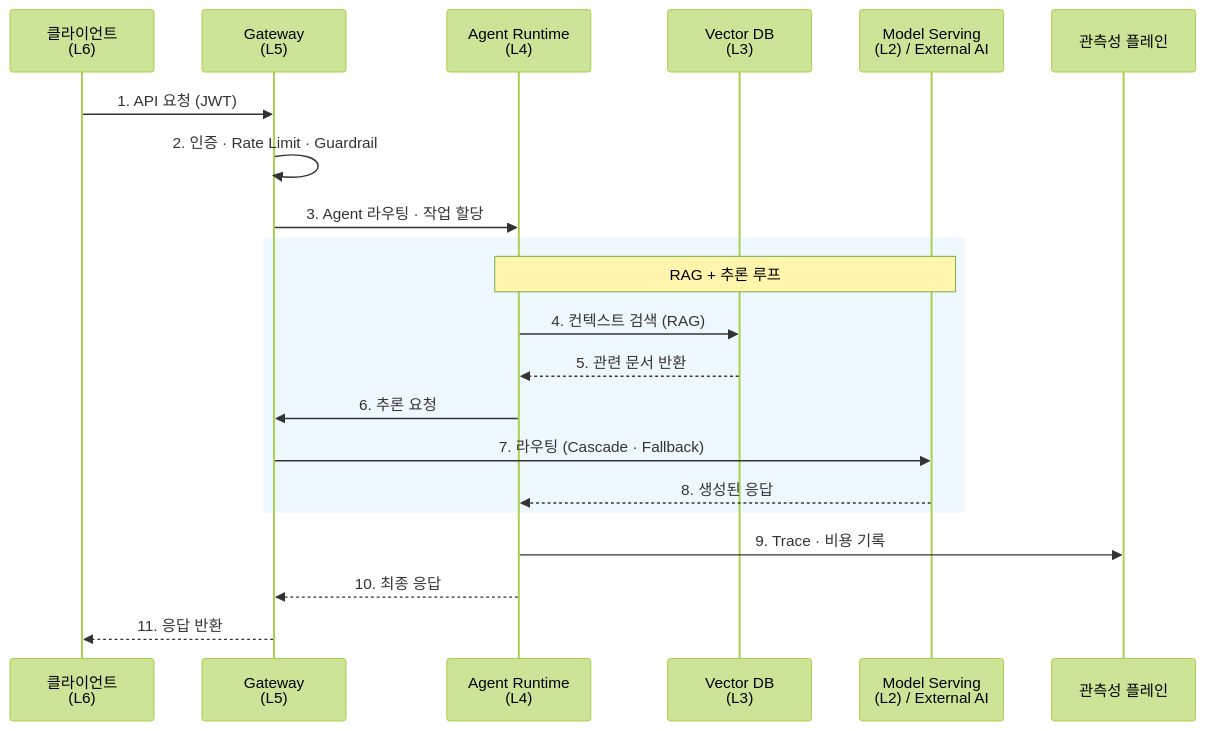
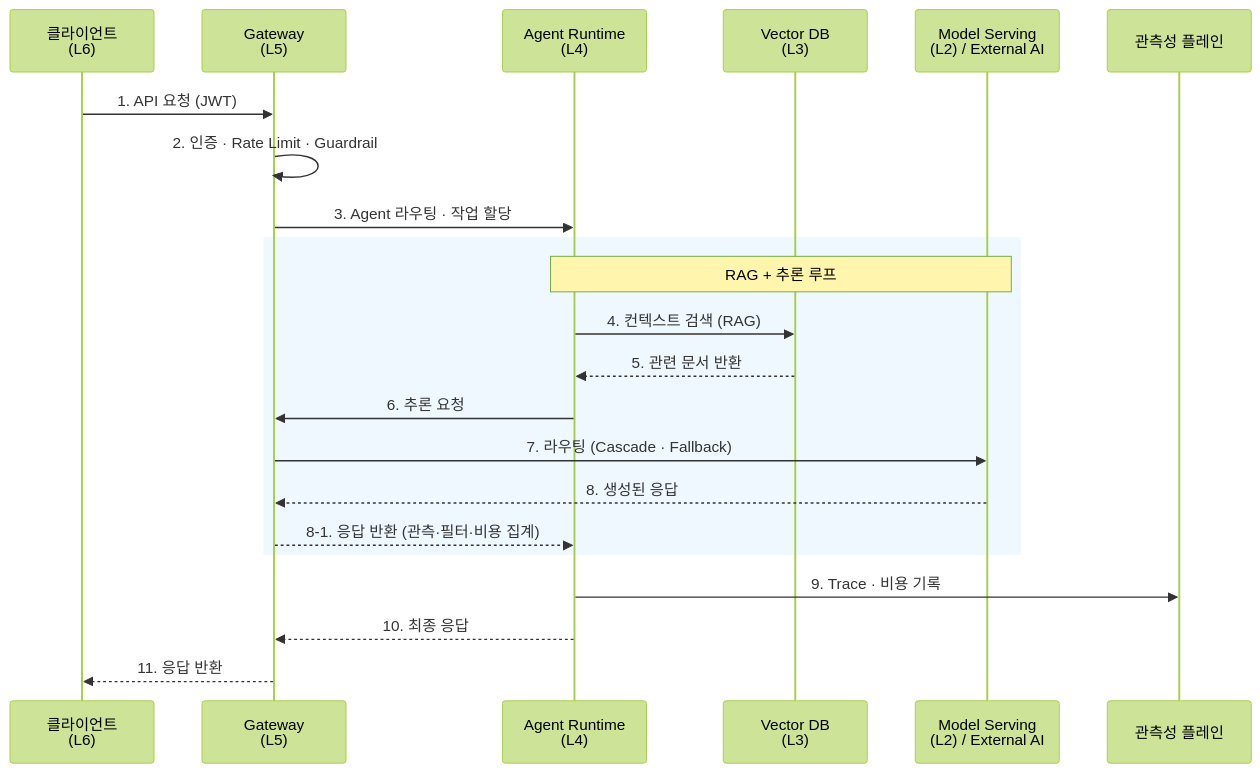
The tenth of 10 diagrams in i18n/ko/docusaurus-plugin-content-docs/current/agentic-ai-platform/design-architecture/foundations/agentic-platform-architecture.md (devfloor9/engineering-playbook), drawn with Mermaid (forest theme) before and after one commit. The commit also changed other lines of this file and 39 other files, not shown here.

````diff
--- a/i18n/ko/docusaurus-plugin-content-docs/current/agentic-ai-platform/design-architecture/foundations/agentic-platform-architecture.md
+++ b/i18n/ko/docusaurus-plugin-content-docs/current/agentic-ai-platform/design-architecture/foundations/agentic-platform-architecture.md
@@ -713,26 +751,27 @@
 ```mermaid
 sequenceDiagram
     participant Client as 클라이언트<br/>(L6)
     participant Gateway as Gateway<br/>(L5)
     participant Agent as Agent Runtime<br/>(L4)
     participant VectorDB as Vector DB<br/>(L3)
     participant LLM as Model Serving<br/>(L2) / External AI
     participant Trace as 관측성 플레인
 
     Client->>Gateway: 1. API 요청 (JWT)
     Gateway->>Gateway: 2. 인증 · Rate Limit · Guardrail
     Gateway->>Agent: 3. Agent 라우팅 · 작업 할당
 
     rect rgb(240, 248, 255)
     Note over Agent,LLM: RAG + 추론 루프
     Agent->>VectorDB: 4. 컨텍스트 검색 (RAG)
     VectorDB-->>Agent: 5. 관련 문서 반환
     Agent->>Gateway: 6. 추론 요청
     Gateway->>LLM: 7. 라우팅 (Cascade · Fallback)
-    LLM-->>Agent: 8. 생성된 응답
+    LLM-->>Gateway: 8. 생성된 응답
+    Gateway-->>Agent: 8-1. 응답 반환 (관측·필터·비용 집계)
     end
 
     Agent->>Trace: 9. Trace · 비용 기록
     Agent-->>Gateway: 10. 최종 응답
     Gateway-->>Client: 11. 응답 반환
 ```
````
